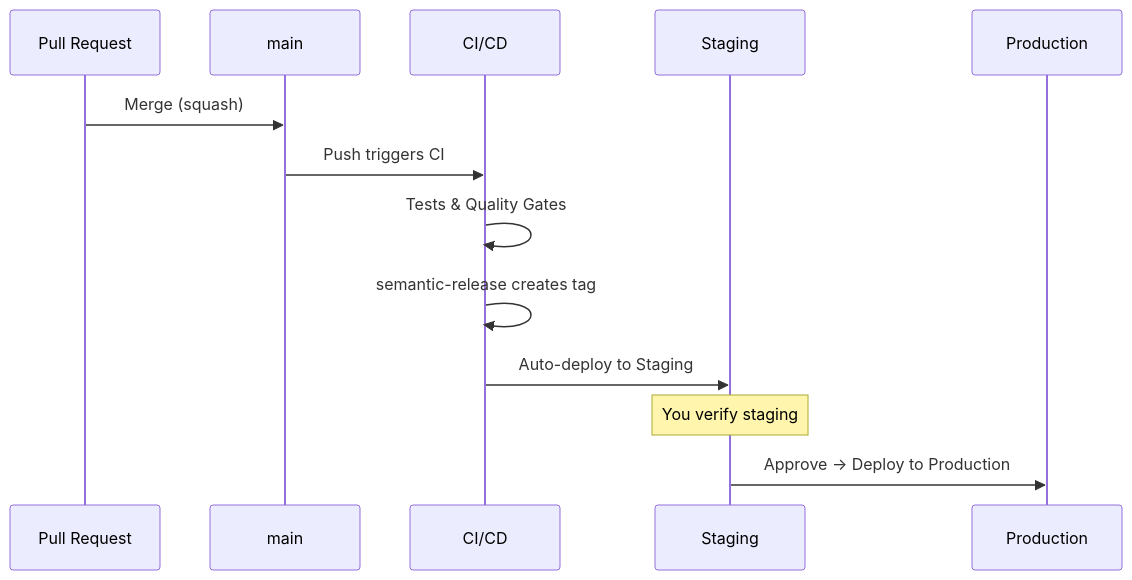
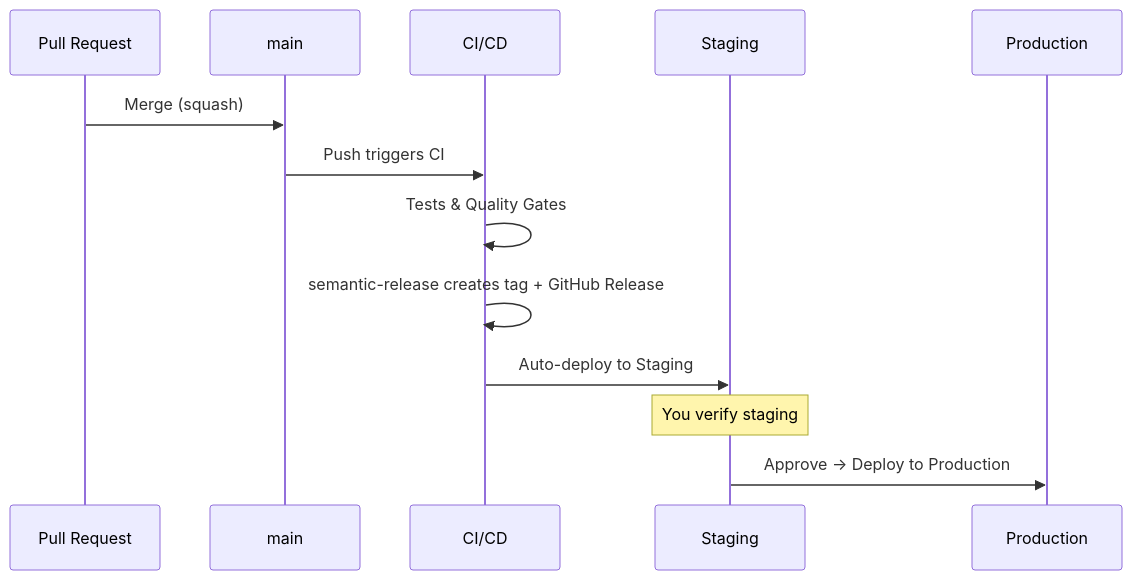
One commit to ls1intum/Hephaestus changed the second of 2 diagrams in docs/contributor/release-management.mdx. Above: the diagram before and after it, drawn with Mermaid. The commit also changed other lines of this file and 15 other files, not shown here.

Commit message:
refactor(ci): eliminate release commits from git history (#918)

````diff
--- a/docs/contributor/release-management.mdx
+++ b/docs/contributor/release-management.mdx
@@ -33,16 +32,16 @@
 ```mermaid
 sequenceDiagram
     participant PR as Pull Request
     participant M as main
     participant CI as CI/CD
     participant S as Staging
     participant P as Production
 
     PR->>M: Merge (squash)
     M->>CI: Push triggers CI
     CI->>CI: Tests & Quality Gates
-    CI->>CI: semantic-release creates tag
+    CI->>CI: semantic-release creates tag + GitHub Release
     CI->>S: Auto-deploy to Staging
     Note over S: You verify staging
     S->>P: Approve → Deploy to Production
 ```
````
